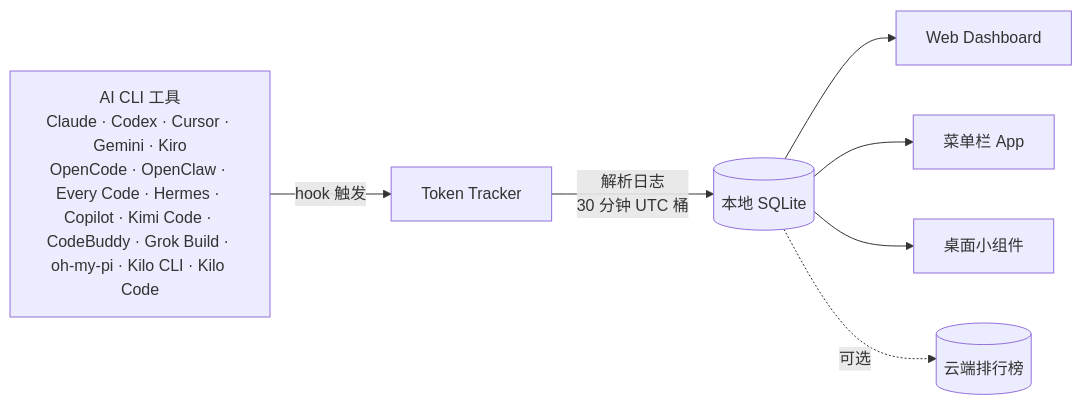
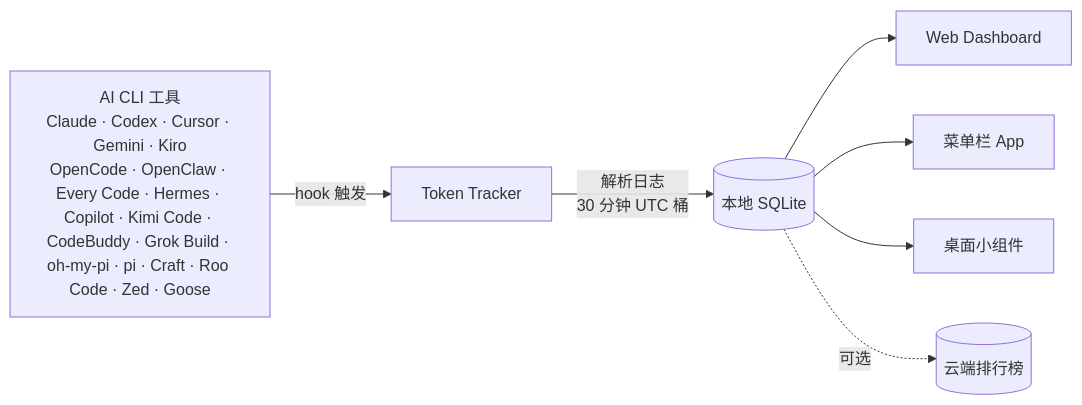
The diagram in README.zh-CN.md (ZainCheung/TokenTracker), drawn with Mermaid before and after one commit. The commit also changed other lines of this file and 46 other files, not shown here.

````diff
--- a/README.zh-CN.md
+++ b/README.zh-CN.md
@@ -194,10 +202,10 @@
 ```mermaid
 flowchart LR
-    A["AI CLI 工具<br/>Claude · Codex · Cursor · Gemini · Kiro<br/>OpenCode · OpenClaw · Every Code · Hermes · Copilot · Kimi Code · CodeBuddy · Grok Build · oh-my-pi · Kilo CLI · Kilo Code"]
+    A["AI CLI 工具<br/>Claude · Codex · Cursor · Gemini · Kiro<br/>OpenCode · OpenClaw · Every Code · Hermes · Copilot · Kimi Code · CodeBuddy · Grok Build · oh-my-pi · pi · Craft · Roo Code · Zed · Goose"]
     A -->|hook 触发| B[Token Tracker]
     B -->|解析日志<br/>30 分钟 UTC 桶| C[(本地 SQLite)]
     C --> D[Web Dashboard]
     C --> E[菜单栏 App]
     C --> F[桌面小组件]
     C -.->|可选| G[(云端排行榜)]
 ```
````
